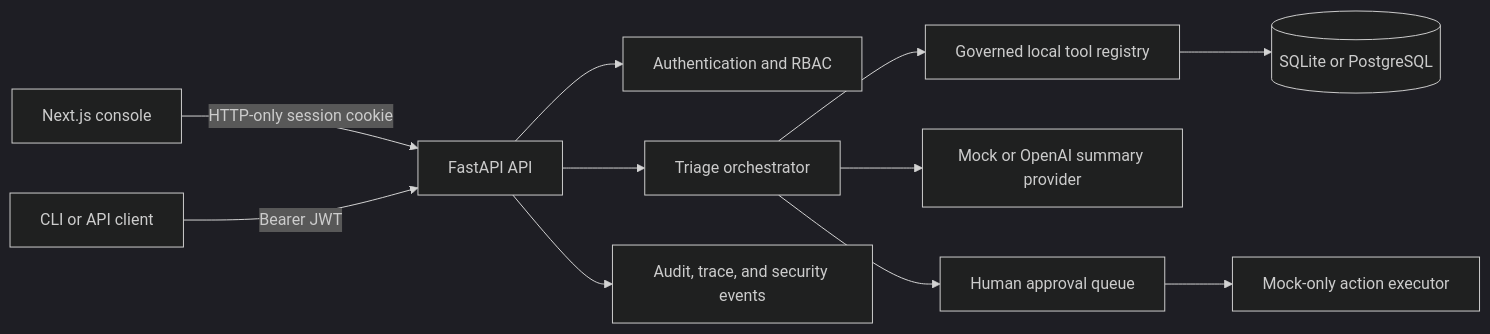
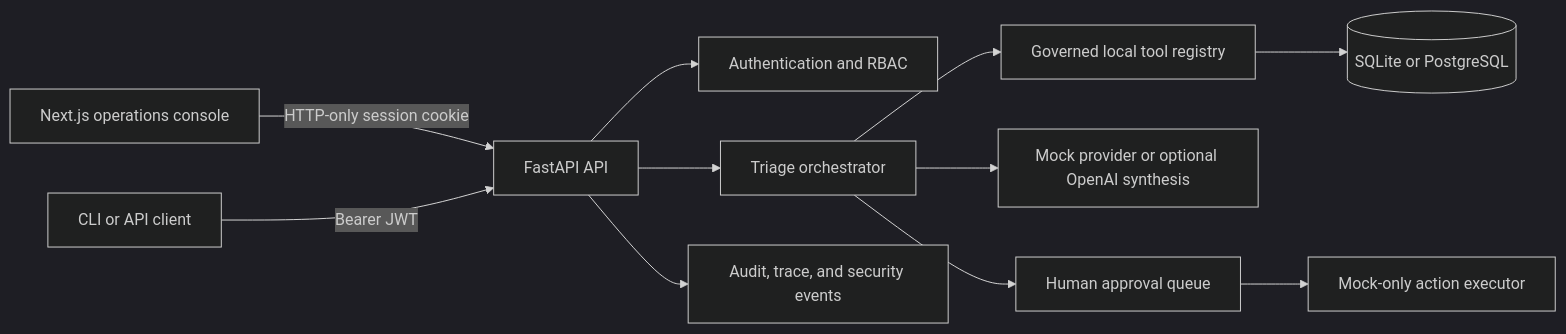
Before and after one commit to KarthikRamesh9149/Enterprise-AI-Incident-Triage-Automation-Agent: the diagram in README.md, drawn with Mermaid (dark theme). The commit also changed other lines of this file, not shown here.

````diff
--- a/README.md
+++ b/README.md
@@ -20,13 +31,13 @@
 ```mermaid
 flowchart LR
-  Browser["Next.js console"] -->|"HTTP-only session cookie"| API["FastAPI API"]
+  Browser["Next.js operations console"] -->|"HTTP-only session cookie"| API["FastAPI API"]
   Client["CLI or API client"] -->|"Bearer JWT"| API
   API --> Auth["Authentication and RBAC"]
   API --> Agent["Triage orchestrator"]
   Agent --> Tools["Governed local tool registry"]
-  Agent --> LLM["Mock or OpenAI summary provider"]
-  Tools --> DB[("SQLite or PostgreSQL")]
+  Agent --> Provider["Mock provider or optional OpenAI synthesis"]
+  Tools --> Data[("SQLite or PostgreSQL")]
   Agent --> Approval["Human approval queue"]
-  Approval --> Mock["Mock-only action executor"]
+  Approval --> Executor["Mock-only action executor"]
   API --> Audit["Audit, trace, and security events"]
 ```
````
